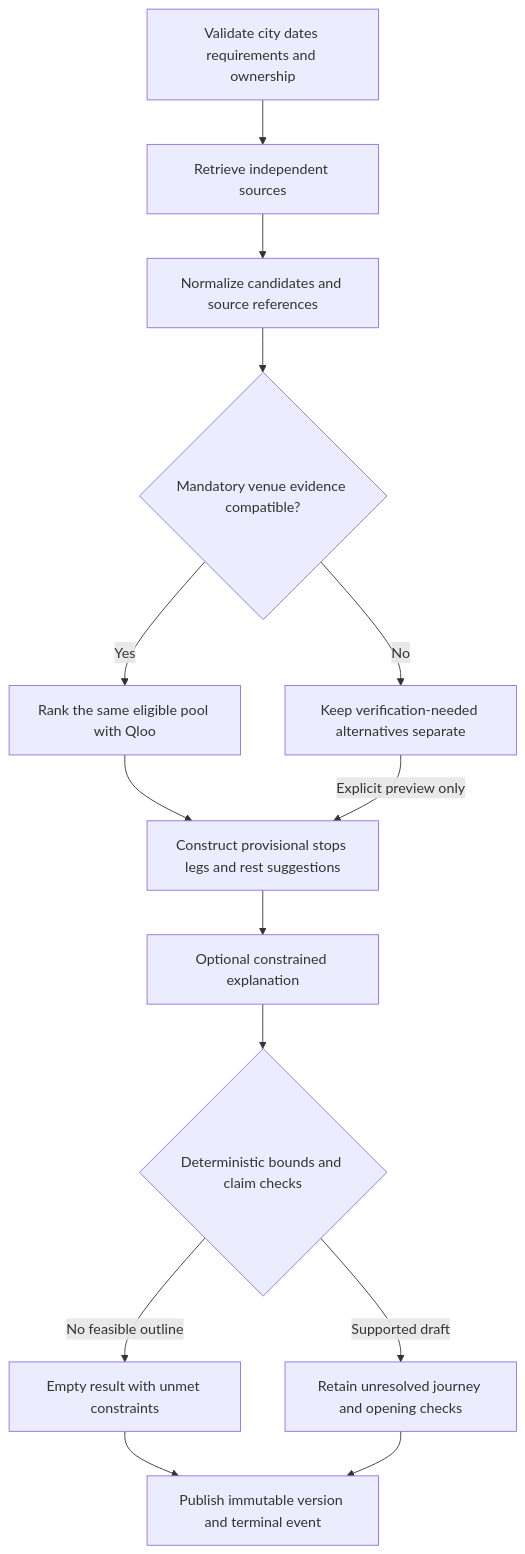
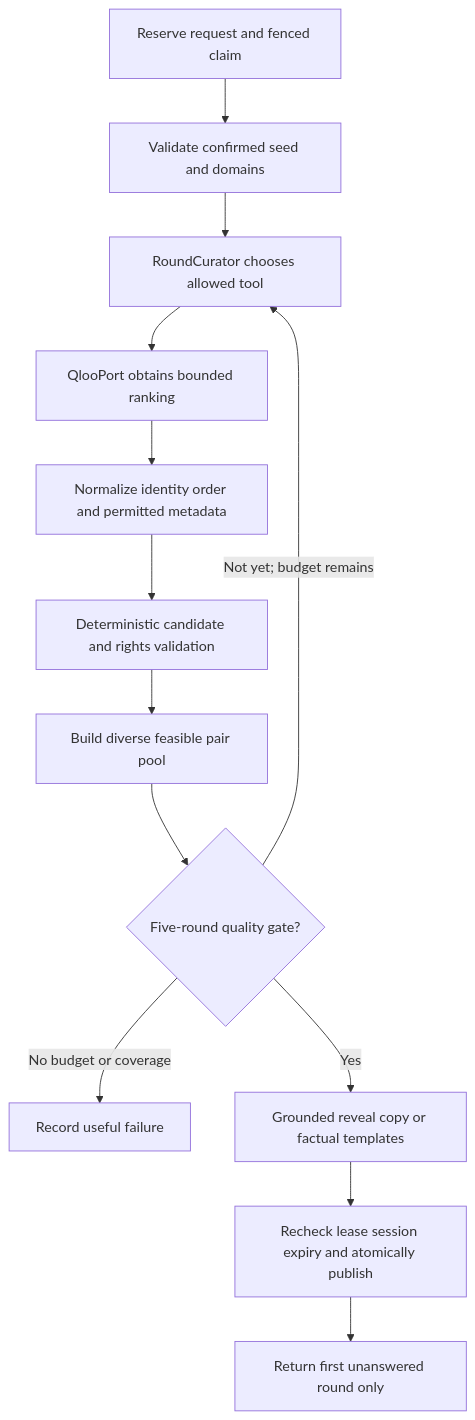
The third of 3 diagrams in ai/Architecture.md (saimaharana4/accesslife-ai), drawn with Mermaid before and after one commit. The commit also changed other lines of this file and 13 other files, not shown here.

Commit message:
Document Taste Duel pivot and bounded Qloo capability evidence

````diff
--- a/ai/Architecture.md
+++ b/ai/Architecture.md
@@ -222,16 +191,15 @@
 ```mermaid
 flowchart TD
-    Intake[Validate city dates requirements and ownership] --> Gather[Retrieve independent sources]
-    Gather --> Normalize[Normalize candidates and source references]
-    Normalize --> Gate{Mandatory venue evidence compatible?}
-    Gate -->|Yes| Taste[Rank the same eligible pool with Qloo]
-    Gate -->|No| Unknown[Keep verification-needed alternatives separate]
-    Taste --> Construct[Construct provisional stops legs and rest suggestions]
-    Unknown -->|Explicit preview only| Construct
-    Construct --> Explain[Optional constrained explanation]
-    Explain --> Check{Deterministic bounds and claim checks}
-    Check -->|No feasible outline| Empty[Empty result with unmet constraints]
-    Check -->|Supported draft| Draft[Retain unresolved journey and opening checks]
-    Empty --> Publish[Publish immutable version and terminal event]
-    Draft --> Publish
+    Reserve[Reserve request and fenced claim] --> Seed[Validate confirmed seed and domains]
+    Seed --> Decide[RoundCurator chooses allowed tool]
+    Decide --> Fetch[QlooPort obtains bounded ranking]
+    Fetch --> Normalize[Normalize identity order and permitted metadata]
+    Normalize --> Validate[Deterministic candidate and rights validation]
+    Validate --> Pool[Build diverse feasible pair pool]
+    Pool --> Gate{Five-round quality gate?}
+    Gate -->|Not yet; budget remains| Decide
+    Gate -->|No budget or coverage| Fail[Record useful failure]
+    Gate -->|Yes| Copy[Grounded reveal copy or factual templates]
+    Copy --> Commit[Recheck lease session expiry and atomically publish]
+    Commit --> Public[Return first unanswered round only]
 ```
````
